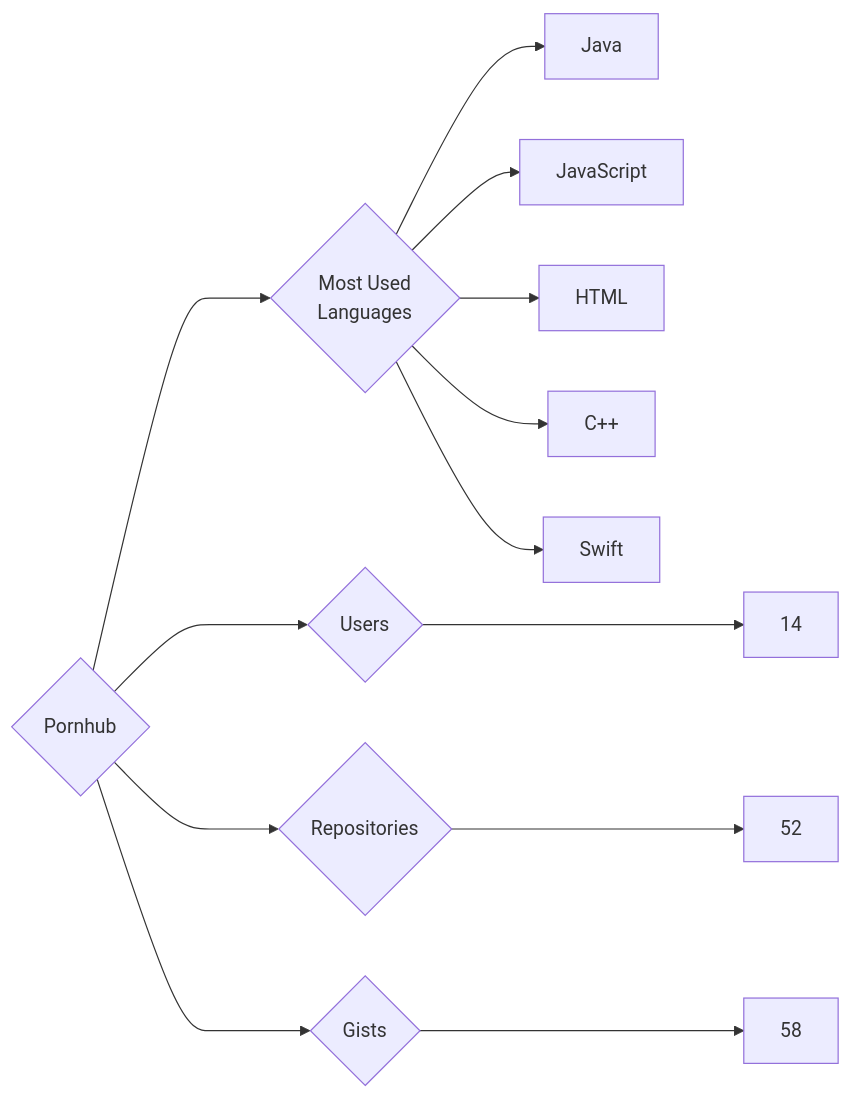
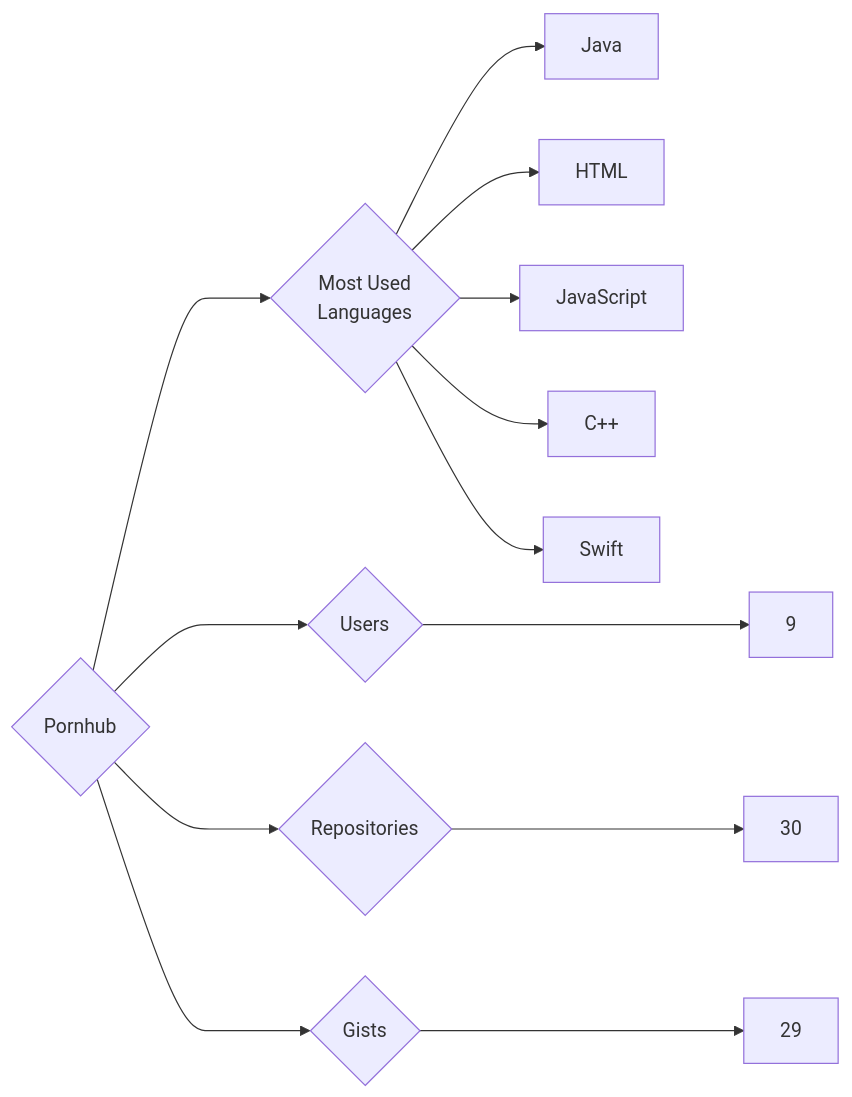
The diagram in targets/Pornhub/README.md (trickest/insiders), drawn with Mermaid before and after one commit. The commit also changed 677 other files, not shown here.

````diff
--- a/targets/Pornhub/README.md
+++ b/targets/Pornhub/README.md
@@ -3,13 +3,13 @@
 ```mermaid
 graph LR
 COMPANY_NAME{Pornhub}
-COMPANY_NAME ---> U{Users} ---> UN[14]
-COMPANY_NAME ---> R{Repositories} ---> RN[52]
-COMPANY_NAME ---> G{Gists} ---> GN[58]
+COMPANY_NAME ---> U{Users} ---> UN[9]
+COMPANY_NAME ---> R{Repositories} ---> RN[30]
+COMPANY_NAME ---> G{Gists} ---> GN[29]
 COMPANY_NAME ---> ML{Most Used<br>Languages}
 ML --> Java[Java]
+ML --> HTML[HTML]
 ML --> JavaScript[JavaScript]
-ML --> HTML[HTML]
 ML --> C++[C++]
 ML --> Swift[Swift]
 ```
````
